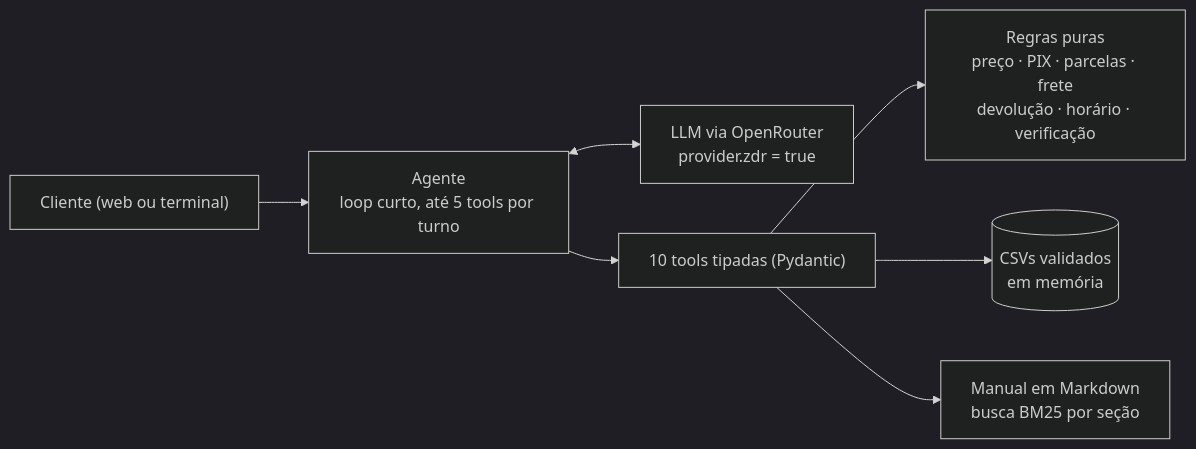
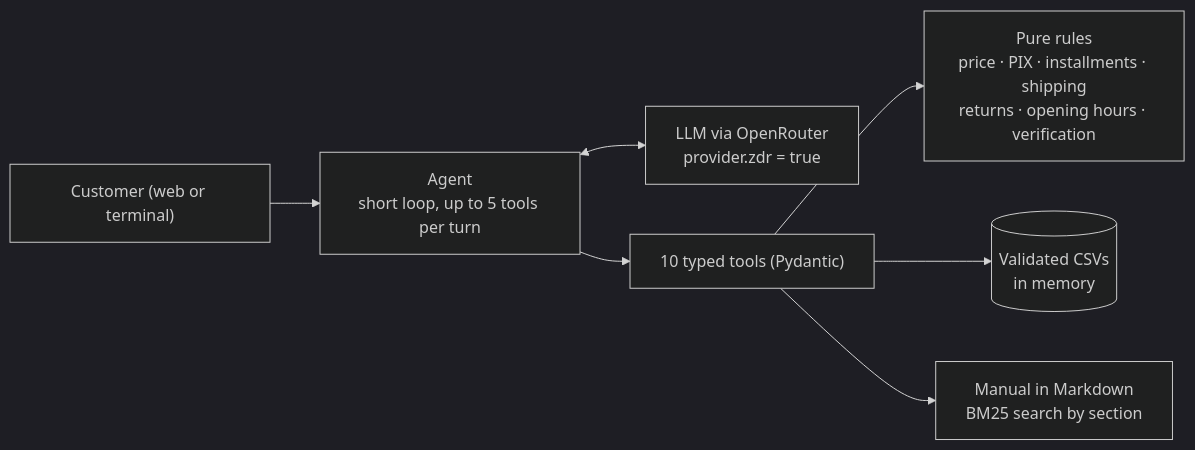
Before and after one commit to AlbertoMilet/artefact: the diagram in README.md, drawn with Mermaid (dark theme). The commit also changed other lines of this file and 2 other files, not shown here.

````diff
--- a/README.md
+++ b/README.md
@@ -103,9 +107,9 @@
 ```mermaid
 flowchart LR
-    C["Cliente (web ou terminal)"] --> A["Agente<br/>loop curto, até 5 tools por turno"]
+    C["Customer (web or terminal)"] --> A["Agent<br/>short loop, up to 5 tools per turn"]
     A <--> L["LLM via OpenRouter<br/>provider.zdr = true"]
-    A --> T["10 tools tipadas (Pydantic)"]
-    T --> R["Regras puras<br/>preço · PIX · parcelas · frete<br/>devolução · horário · verificação"]
-    T --> D[("CSVs validados<br/>em memória")]
-    T --> M["Manual em Markdown<br/>busca BM25 por seção"]
+    A --> T["10 typed tools (Pydantic)"]
+    T --> R["Pure rules<br/>price · PIX · installments · shipping<br/>returns · opening hours · verification"]
+    T --> D[("Validated CSVs<br/>in memory")]
+    T --> M["Manual in Markdown<br/>BM25 search by section"]
 ```
````
